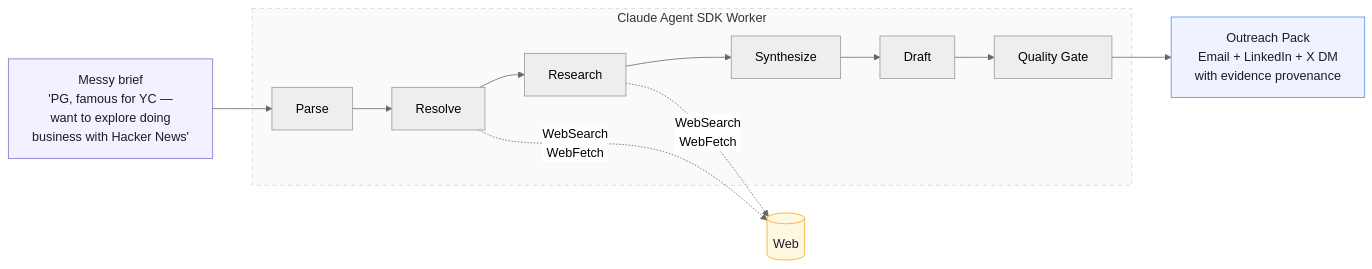
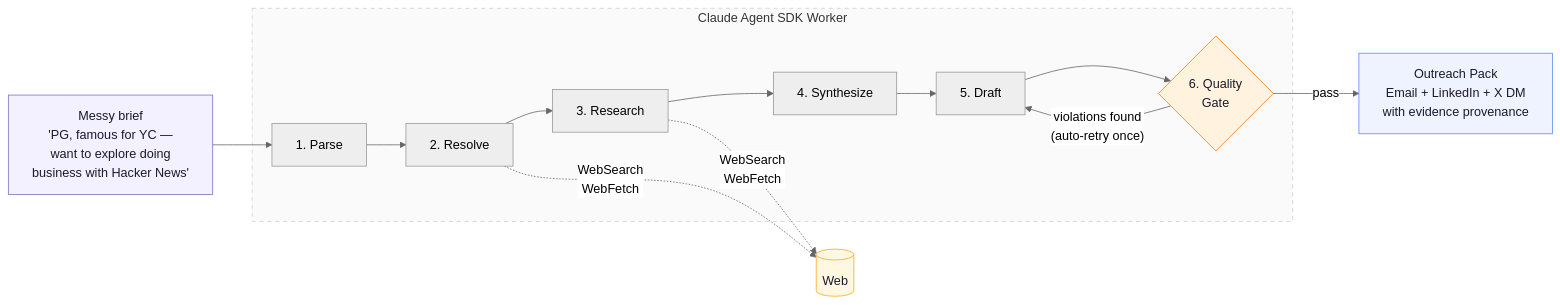
One commit to flrngel/ddbye changed the diagram in README.md. Above: the diagram before and after it, drawn with Mermaid (neutral theme). The commit also changed other lines of this file, not shown here.

Commit message:
fix: mermaid diagram now shows quality gate → draft retry loop

````diff
--- a/README.md
+++ b/README.md
@@ -9,27 +9,29 @@
 ```mermaid
 flowchart LR
-    A["Messy brief\n'PG, famous for YC —\nwant to explore doing\nbusiness with Hacker News'"] --> B["Parse"]
-    B --> C["Resolve"]
-    C --> D["Research"]
-    D --> E["Synthesize"]
-    E --> F["Draft"]
-    F --> G["Quality Gate"]
-    G --> H["Outreach Pack\nEmail + LinkedIn + X DM\nwith evidence provenance"]
+    A["Messy brief\n'PG, famous for YC —\nwant to explore doing\nbusiness with Hacker News'"] --> B["1. Parse"]
+    B --> C["2. Resolve"]
+    C --> D["3. Research"]
+    D --> E["4. Synthesize"]
+    E --> F["5. Draft"]
+    F --> G{"6. Quality\nGate"}
+    G -- "pass" --> H["Outreach Pack\nEmail + LinkedIn + X DM\nwith evidence provenance"]
+    G -- "violations found\n(auto-retry once)" --> F
 
     subgraph agent["Claude Agent SDK Worker"]
         B
         C
         D
         E
         F
         G
     end
 
     C -. "WebSearch\nWebFetch" .-> W[(Web)]
     D -. "WebSearch\nWebFetch" .-> W
 
     style A fill:#f3f0ff,stroke:#7c6fc4,color:#1a1a2e
     style H fill:#eef3ff,stroke:#5b8def,color:#1a1a2e
+    style G fill:#fff3e0,stroke:#f57c00,color:#1a1a2e
     style agent fill:#fafafa,stroke:#d0d0d0,stroke-dasharray:5 5
     style W fill:#fff8e1,stroke:#f9a825,color:#1a1a2e
 ```
````
